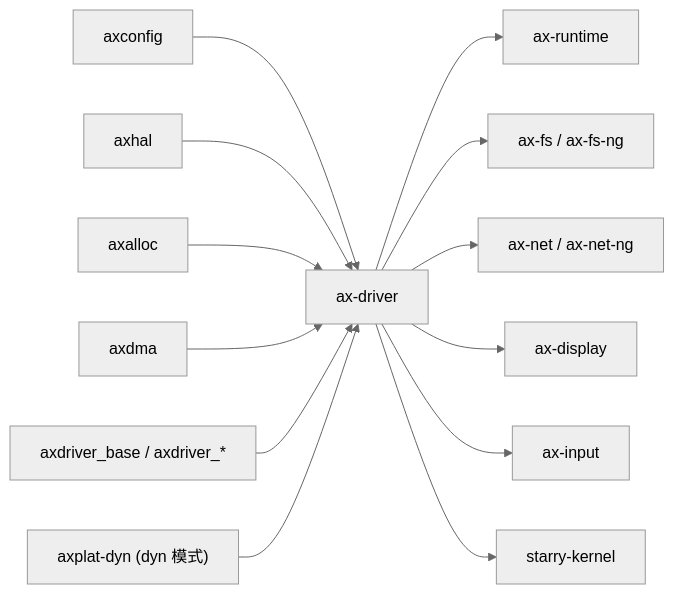
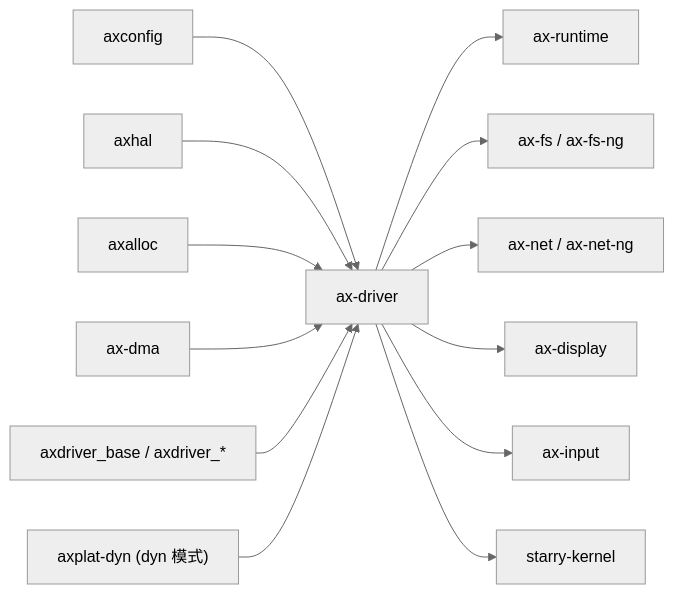
One commit to zKurisu/tgoskits changed the second of 2 diagrams in docs/crates/ax-driver.md. Above: the diagram before and after it, drawn with Mermaid (neutral theme). The commit also changed other lines of this file and 31 other files, not shown here.

Commit message:
rename axdma to ax-dma

````diff
--- a/docs/crates/ax-driver.md
+++ b/docs/crates/ax-driver.md
@@ -124,16 +124,16 @@
 ```mermaid
 graph LR
     axconfig["axconfig"] --> ax-driver["ax-driver"]
     axhal["axhal"] --> ax-driver
     axalloc["axalloc"] --> ax-driver
-    axdma["axdma"] --> ax-driver
+    ax_dma["ax-dma"] --> ax-driver
     axdriver_base["axdriver_base / axdriver_*"] --> ax-driver
     axplat_dyn["axplat-dyn (dyn 模式)"] --> ax-driver
 
     ax-driver --> ax-runtime["ax-runtime"]
     ax-driver --> ax-fs["ax-fs / ax-fs-ng"]
     ax-driver --> ax-net["ax-net / ax-net-ng"]
     ax-driver --> ax-display["ax-display"]
     ax-driver --> ax-input["ax-input"]
     ax-driver --> starry_kernel["starry-kernel"]
 ```
````
